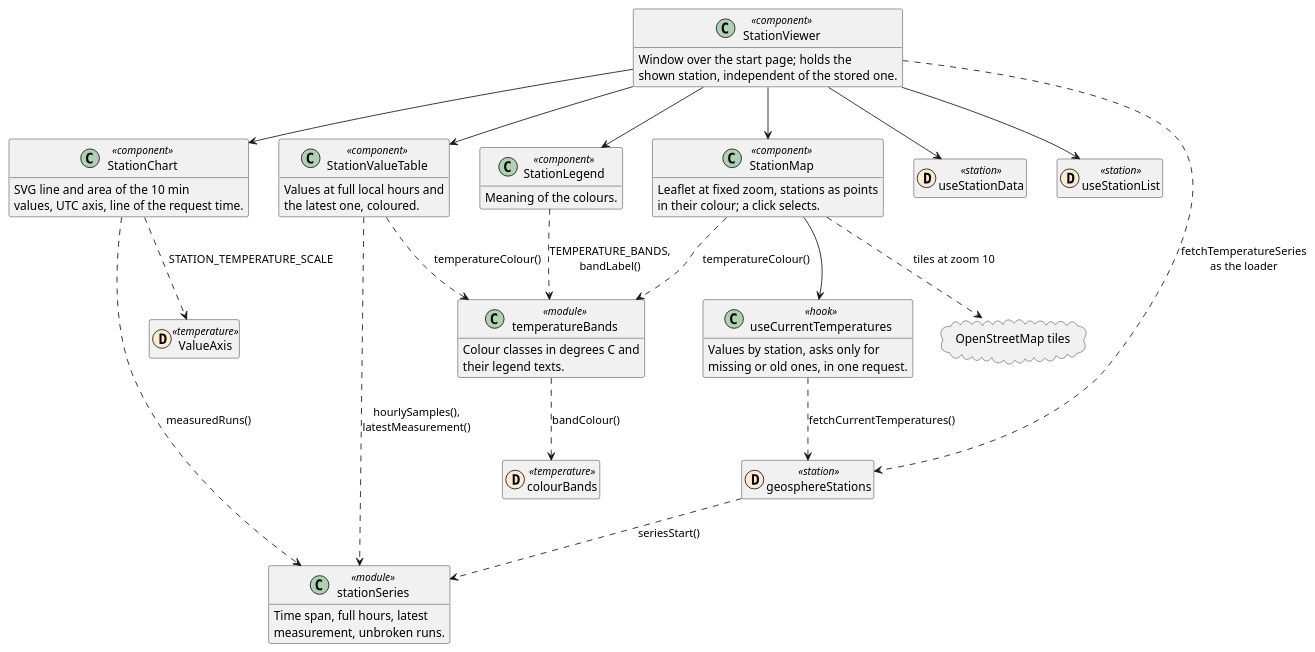
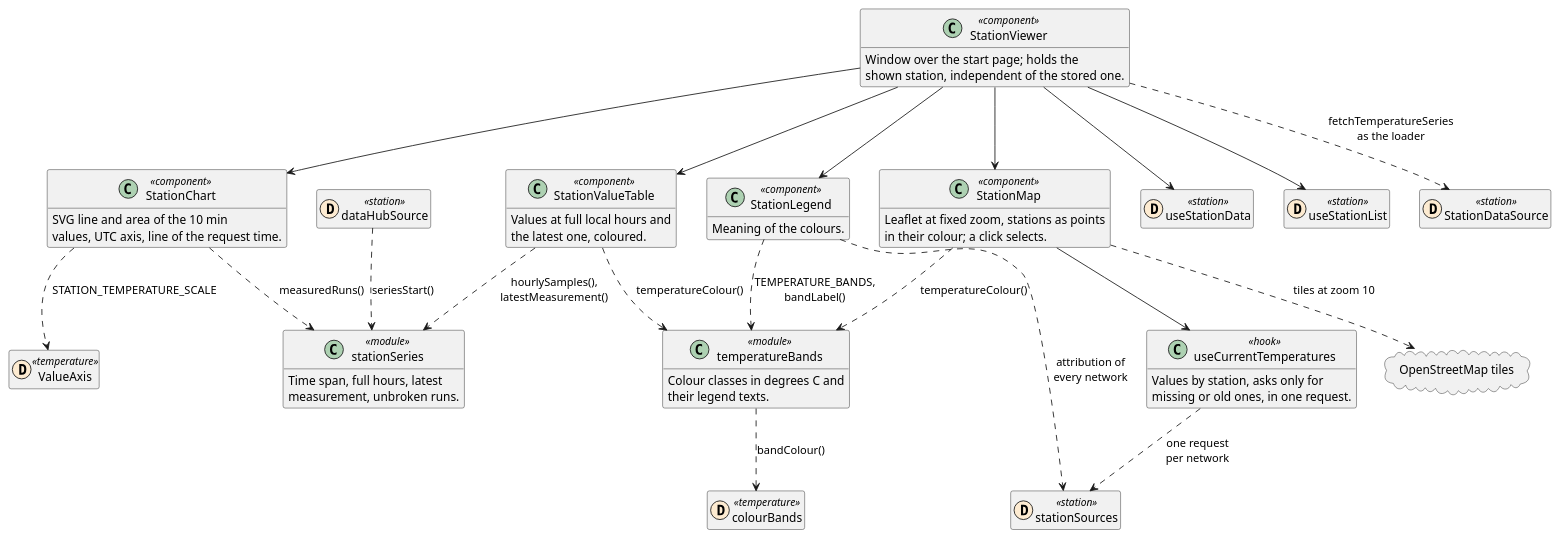
Before and after one commit to schletz/wetterkartenviewer: the fourth of 4 diagrams in REFERENCE.webapp.md, drawn with PlantUML. The commit also changed other lines of this file and 37 other files, not shown here.

````diff
--- a/REFERENCE.webapp.md
+++ b/REFERENCE.webapp.md
@@ -323,61 +338,64 @@
 ```plantuml
 @startuml station_viewer
 allowmixing
 hide empty members
 class StationViewer <<component>> {
  Window over the start page; holds the
  shown station, independent of the stored one.
 }
 class StationChart <<component>> {
  SVG line and area of the 10 min
  values, UTC axis, line of the request time.
 }
 class StationValueTable <<component>> {
  Values at full local hours and
  the latest one, coloured.
 }
 class StationLegend <<component>> {
  Meaning of the colours.
 }
 class StationMap <<component>> {
  Leaflet at fixed zoom, stations as points
  in their colour; a click selects.
 }
 class useCurrentTemperatures <<hook>> {
  Values by station, asks only for
  missing or old ones, in one request.
 }
 class stationSeries <<module>> {
  Time span, full hours, latest
  measurement, unbroken runs.
 }
 class temperatureBands <<module>> {
  Colour classes in degrees C and
  their legend texts.
 }
 class useStationData << (D,#fdebd1) station >>
 class useStationList << (D,#fdebd1) station >>
-class geosphereStations << (D,#fdebd1) station >>
+class StationDataSource << (D,#fdebd1) station >>
+class stationSources << (D,#fdebd1) station >>
+class dataHubSource << (D,#fdebd1) station >>
 class ValueAxis << (D,#fdebd1) temperature >>
 class colourBands << (D,#fdebd1) temperature >>
 cloud "OpenStreetMap tiles" as osm
 StationViewer --> useStationData
 StationViewer --> useStationList
-StationViewer ..> geosphereStations : fetchTemperatureSeries\nas the loader
+StationViewer ..> StationDataSource : fetchTemperatureSeries\nas the loader
 StationViewer --> StationChart
 StationViewer --> StationValueTable
 StationViewer --> StationLegend
 StationViewer --> StationMap
 StationChart ..> stationSeries : measuredRuns()
 StationChart ..> ValueAxis : STATION_TEMPERATURE_SCALE
 StationValueTable ..> stationSeries : hourlySamples(),\nlatestMeasurement()
 StationValueTable ..> temperatureBands : temperatureColour()
 StationLegend ..> temperatureBands : TEMPERATURE_BANDS,\nbandLabel()
 StationMap --> useCurrentTemperatures
 StationMap ..> temperatureBands : temperatureColour()
 StationMap ..> osm : tiles at zoom 10
-useCurrentTemperatures ..> geosphereStations : fetchCurrentTemperatures()
+StationLegend ..> stationSources : attribution of\nevery network
+useCurrentTemperatures ..> stationSources : one request\nper network
 temperatureBands ..> colourBands : bandColour()
-geosphereStations ..> stationSeries : seriesStart()
+dataHubSource ..> stationSeries : seriesStart()
 @enduml
 ```
````
